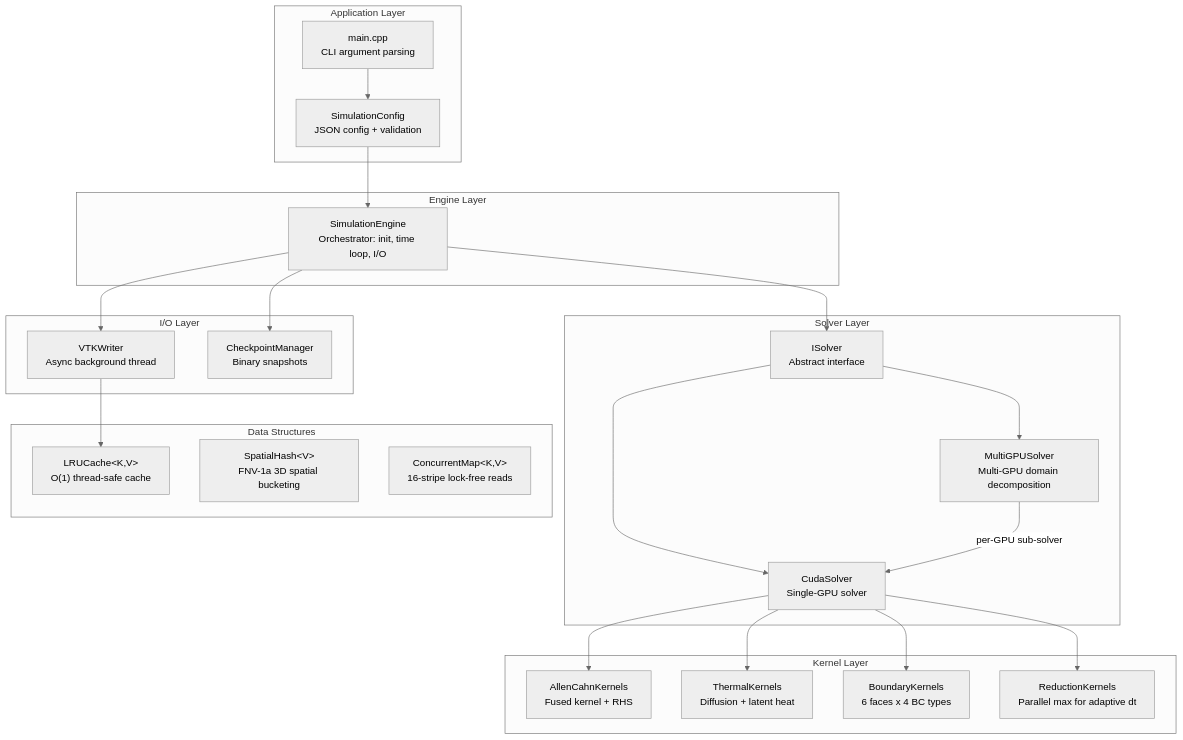
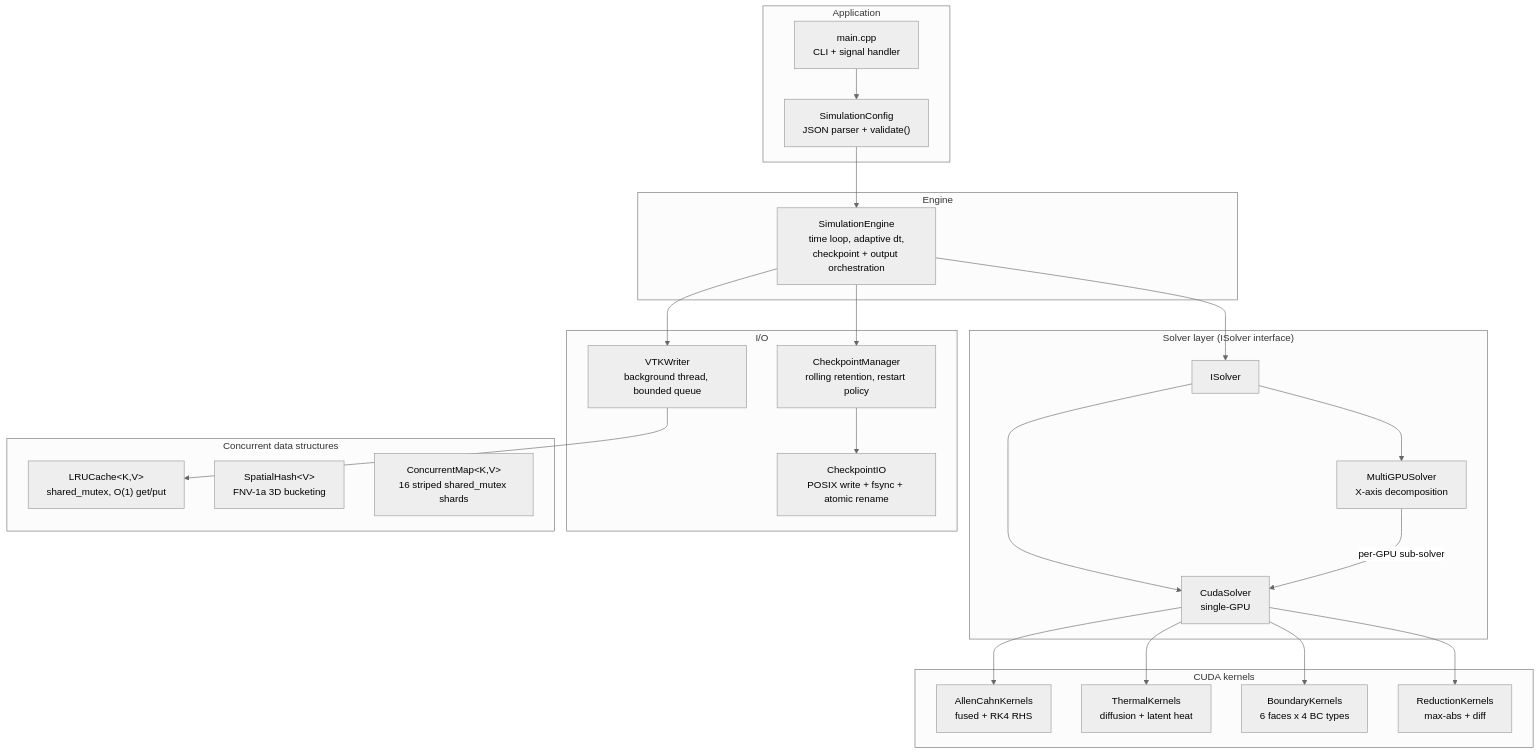
Before and after one commit to myousefi2016/Allen-Cahn-CUDA: the first of 4 diagrams in README.md, drawn with Mermaid (neutral theme). The commit also changed other lines of this file and 3 other files, not shown here.

First line of the commit message:
Documentation: rewrite README, ARCHITECTURE, DESIGN, THEORY for full code parity

````diff
--- a/README.md
+++ b/README.md
@@ -31,44 +55,50 @@
 ```mermaid
 graph TB
-    subgraph "Application Layer"
-        Main["main.cpp<br/>CLI argument parsing"]
-        Config["SimulationConfig<br/>JSON config + validation"]
+    subgraph App["Application"]
+        Main["main.cpp<br/>CLI + signal handler"]
+        Config["SimulationConfig<br/>JSON parser + validate()"]
     end
 
-    subgraph "Engine Layer"
-        Engine["SimulationEngine<br/>Orchestrator: init, time loop, I/O"]
+    subgraph Engine["Engine"]
+        SE["SimulationEngine<br/>time loop, adaptive dt,<br/>checkpoint + output orchestration"]
     end
 
-    subgraph "Solver Layer"
-        ISolver["ISolver<br/>Abstract interface"]
-        CudaSolver["CudaSolver<br/>Single-GPU solver"]
-        MultiGPU["MultiGPUSolver<br/>Multi-GPU domain decomposition"]
+    subgraph Solver["Solver layer (ISolver interface)"]
+        ISolver["ISolver"]
+        CudaSolver["CudaSolver<br/>single-GPU"]
+        MultiGPU["MultiGPUSolver<br/>X-axis decomposition"]
     end
 
-    subgraph "Kernel Layer"
-        AC["AllenCahnKernels<br/>Fused kernel + RHS"]
-        Thermal["ThermalKernels<br/>Diffusion + latent heat"]
+    subgraph Kernels["CUDA kernels"]
+        AC["AllenCahnKernels<br/>fused + RK4 RHS"]
+        Thermal["ThermalKernels<br/>diffusion + latent heat"]
         BC["BoundaryKernels<br/>6 faces x 4 BC types"]
-        Reduce["ReductionKernels<br/>Parallel max for adaptive dt"]
+        Reduce["ReductionKernels<br/>max-abs + diff"]
     end
 
-    subgraph "I/O Layer"
-        VTK["VTKWriter<br/>Async background thread"]
-        Ckpt["CheckpointManager<br/>Binary snapshots"]
+    subgraph IO["I/O"]
+        VTK["VTKWriter<br/>background thread, bounded queue"]
+        CkptIO["CheckpointIO<br/>POSIX write + fsync + atomic rename"]
+        Mgr["CheckpointManager<br/>rolling retention, restart policy"]
     end
 
-    subgraph "Data Structures"
-        LRU["LRUCache&lt;K,V&gt;<br/>O(1) thread-safe cache"]
-        SHash["SpatialHash&lt;V&gt;<br/>FNV-1a 3D spatial bucketing"]
-        CMap["ConcurrentMap&lt;K,V&gt;<br/>16-stripe lock-free reads"]
+    subgraph DataStructures["Concurrent data structures"]
+        LRU["LRUCache&lt;K,V&gt;<br/>shared_mutex, O(1) get/put"]
+        SHash["SpatialHash&lt;V&gt;<br/>FNV-1a 3D bucketing"]
+        CMap["ConcurrentMap&lt;K,V&gt;<br/>16 striped shared_mutex shards"]
     end
 
-    Main --> Config --> Engine
-    Engine --> ISolver
+    Main --> Config --> SE
+    SE --> ISolver
     ISolver --> CudaSolver
     ISolver --> MultiGPU
     MultiGPU -->|"per-GPU sub-solver"| CudaSolver
-    CudaSolver --> AC & Thermal & BC & Reduce
-    Engine --> VTK & Ckpt
+    CudaSolver --> AC
+    CudaSolver --> Thermal
+    CudaSolver --> BC
+    CudaSolver --> Reduce
+    SE --> VTK
+    SE --> Mgr
+    Mgr --> CkptIO
     VTK --> LRU
 ```
````
